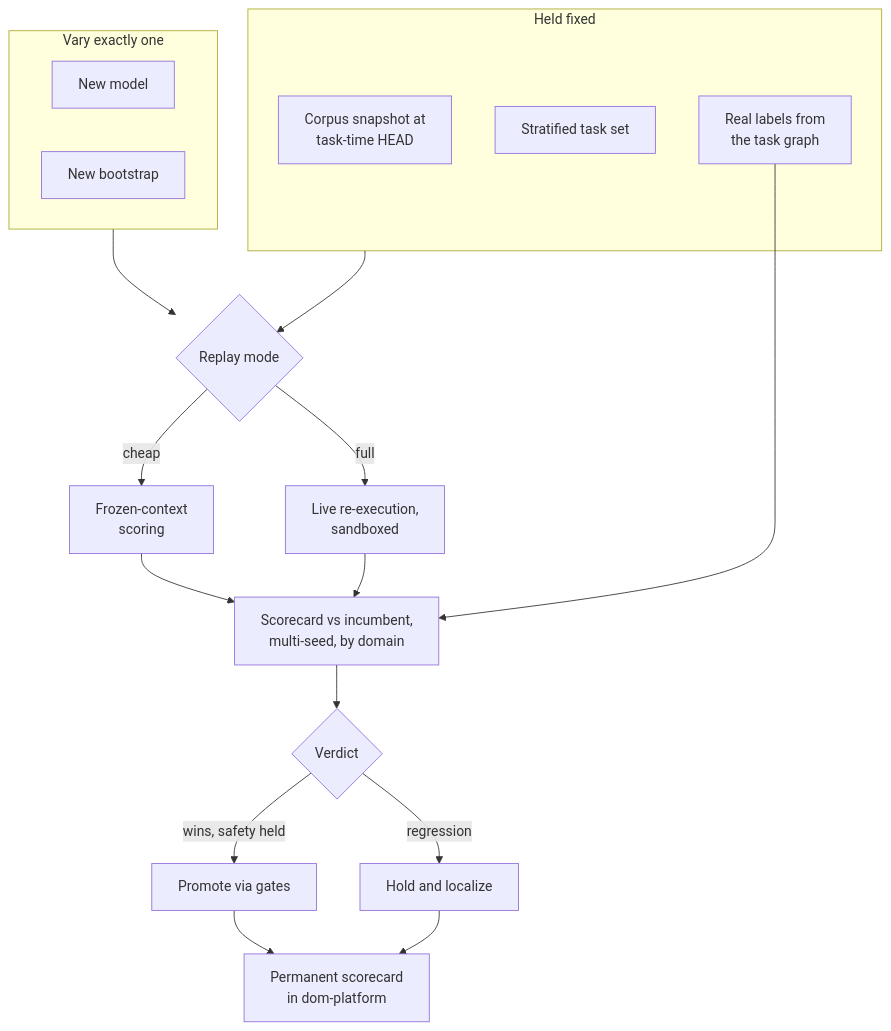
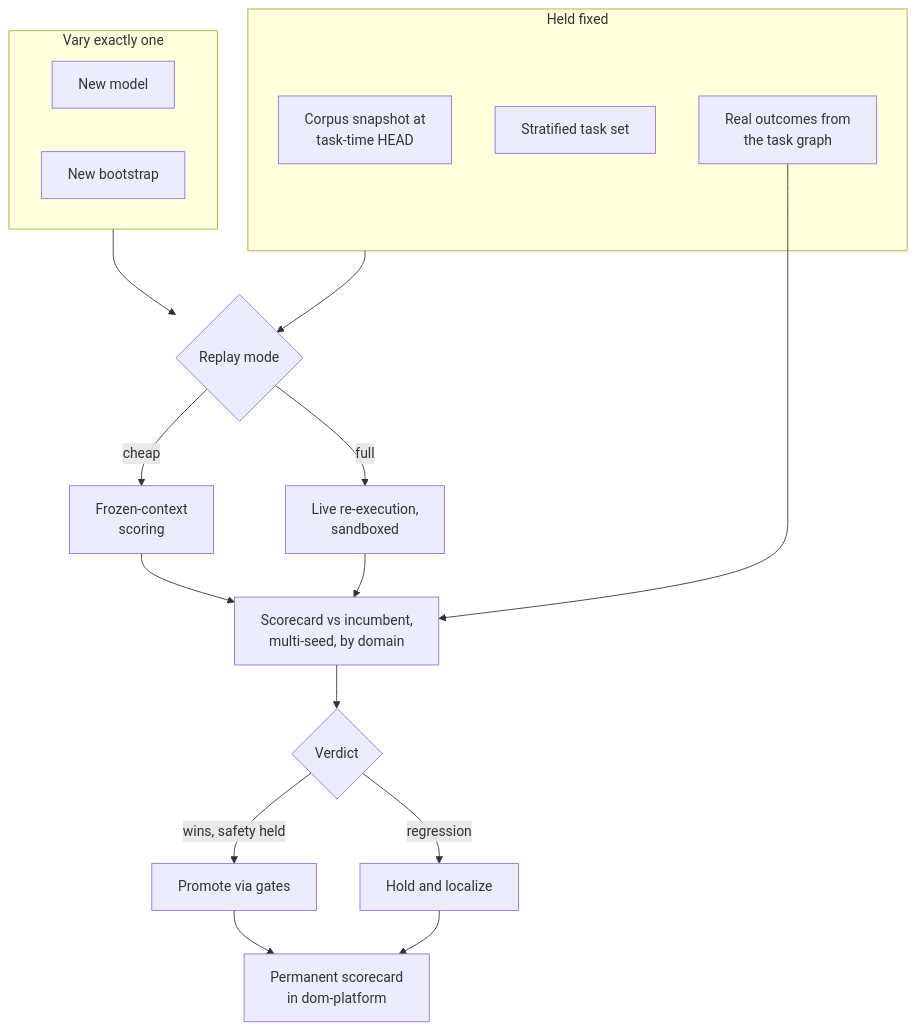
One commit to apache/tooling-memory changed diagram 13 of 14 in docs/durable-memory-for-disposable-agents.md. Above: the diagram before and after it, drawn with Mermaid. The commit also changed other lines of this file and 1 other file, not shown here.

````diff
--- a/docs/durable-memory-for-disposable-agents.md
+++ b/docs/durable-memory-for-disposable-agents.md
@@ -740,24 +779,24 @@
 ```mermaid
 flowchart TD
     subgraph FIX["Held fixed"]
         SNAP["Corpus snapshot at<br/>task-time HEAD"]
         TASKS["Stratified task set"]
-        LAB["Real labels from<br/>the task graph"]
+        LAB["Real outcomes from<br/>the task graph"]
     end
     subgraph SUT["Vary exactly one"]
         MODEL["New model"]
         BOOT["New bootstrap"]
     end
     FIX --> RP{"Replay mode"}
     SUT --> RP
     RP -- cheap --> FC["Frozen-context<br/>scoring"]
     RP -- full --> LE["Live re-execution,<br/>sandboxed"]
     FC --> SC["Scorecard vs incumbent,<br/>multi-seed, by domain"]
     LE --> SC
     LAB --> SC
     SC --> V{"Verdict"}
     V -- "wins, safety held" --> PROM["Promote via gates"]
     V -- regression --> HOLD["Hold and localize"]
     PROM --> RECX["Permanent scorecard<br/>in dom-platform"]
     HOLD --> RECX
 ```
````
